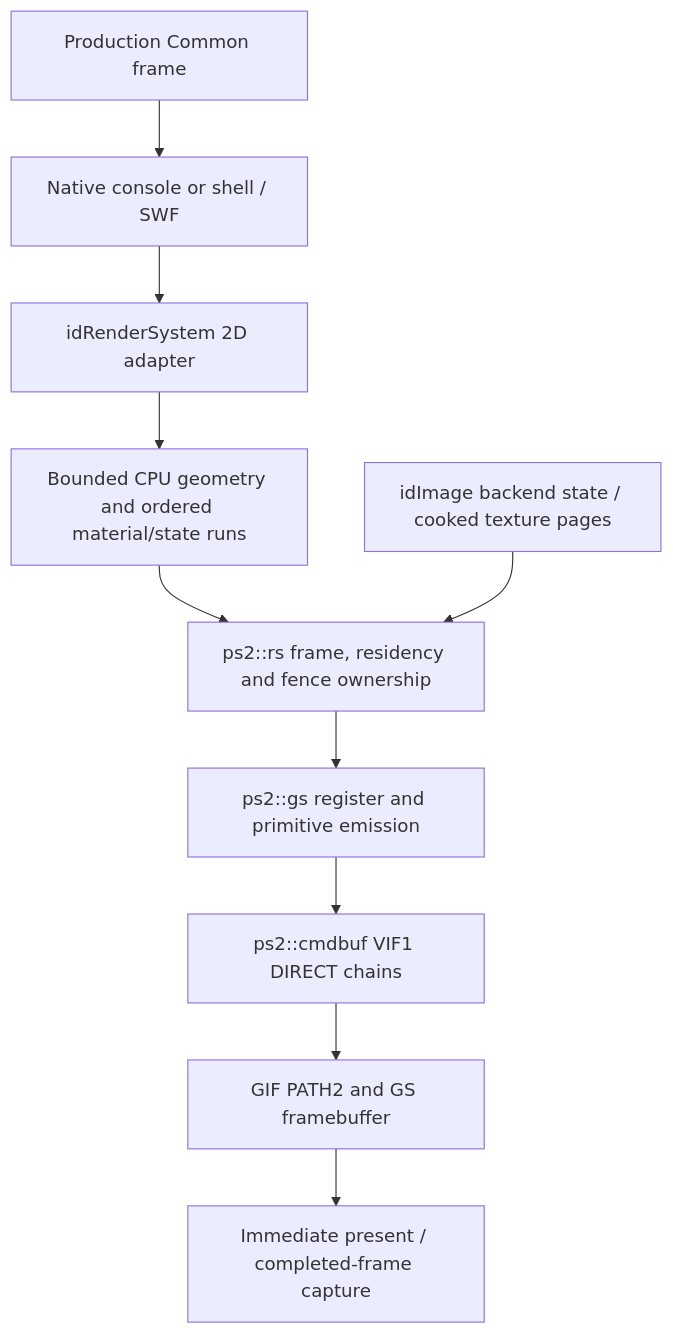
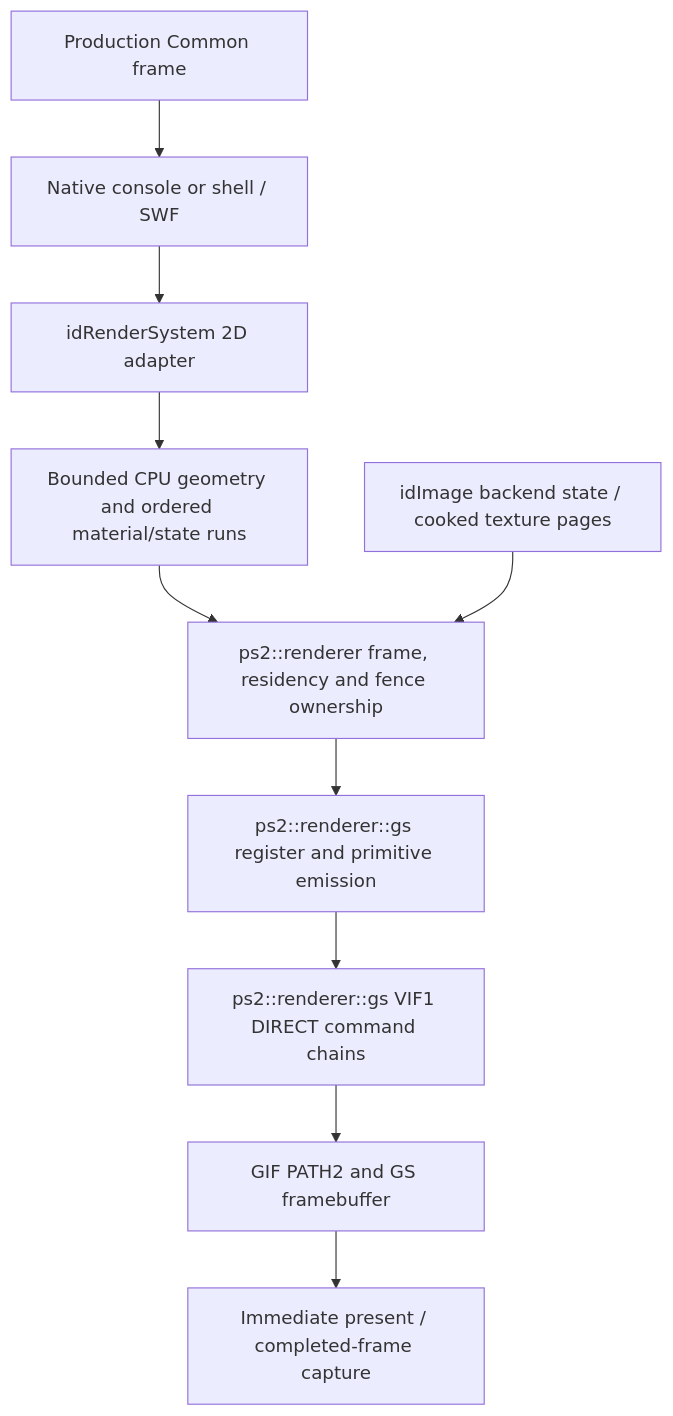
The diagram in docs/RENDERER_2D_PLAN.md (glampert/doom3-bfg-ps2), drawn with Mermaid before and after one commit. The commit also changed other lines of this file and 187 other files, not shown here.

````diff
--- a/docs/RENDERER_2D_PLAN.md
+++ b/docs/RENDERER_2D_PLAN.md
@@ -308,12 +308,12 @@
 ```mermaid
 flowchart TD
     A[Production Common frame] --> B[Native console or shell / SWF]
     B --> C[idRenderSystem 2D adapter]
     C --> D[Bounded CPU geometry and ordered material/state runs]
-    D --> E[ps2::rs frame, residency and fence ownership]
+    D --> E[ps2::renderer frame, residency and fence ownership]
     F[idImage backend state / cooked texture pages] --> E
-    E --> G[ps2::gs register and primitive emission]
-    G --> H[ps2::cmdbuf VIF1 DIRECT chains]
+    E --> G[ps2::renderer::gs register and primitive emission]
+    G --> H[ps2::renderer::gs VIF1 DIRECT command chains]
     H --> I[GIF PATH2 and GS framebuffer]
     I --> J[Immediate present / completed-frame capture]
 ```
````
